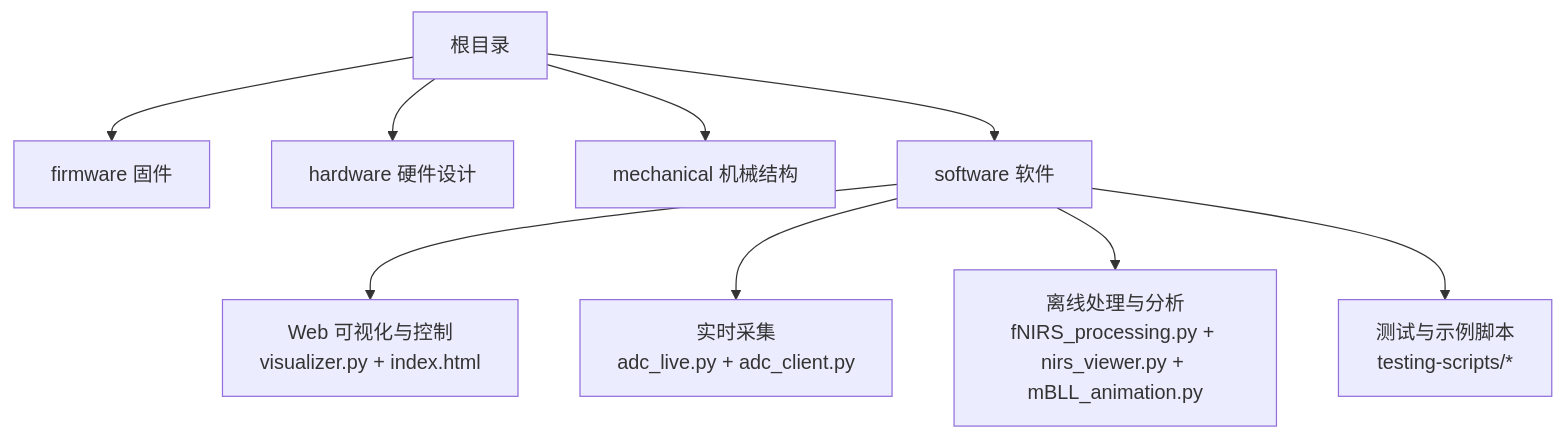
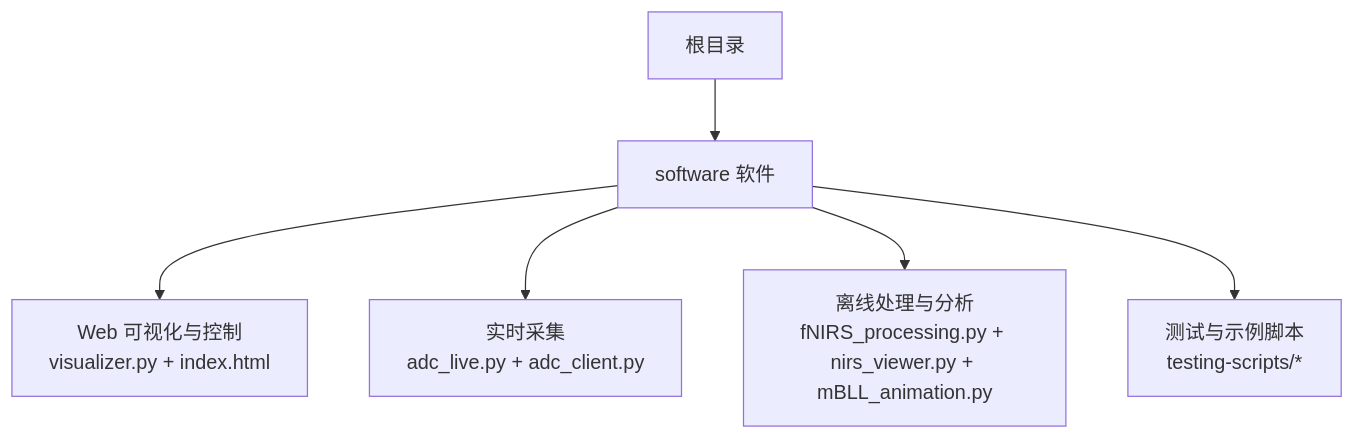
Before and after one commit to zhushizi/fNIRS-main: the first of 6 diagrams in .qoder/repowiki/zh/content/快速开始.md, drawn with Mermaid. The commit also changed other lines of this file and 28 other files, not shown here.

````diff
--- a/.qoder/repowiki/zh/content/快速开始.md
+++ b/.qoder/repowiki/zh/content/快速开始.md
@@ -39,11 +46,8 @@
 ```mermaid
 graph TB
-A["根目录"] --> B["firmware 固件"]
-A --> C["hardware 硬件设计"]
-A --> D["mechanical 机械结构"]
-A --> E["software 软件"]
+A["根目录"] --> E["software 软件"]
 E --> E1["Web 可视化与控制<br/>visualizer.py + index.html"]
 E --> E2["实时采集<br/>adc_live.py + adc_client.py"]
 E --> E3["离线处理与分析<br/>fNIRS_processing.py + nirs_viewer.py + mBLL_animation.py"]
 E --> E4["测试与示例脚本<br/>testing-scripts/*"]
 ```
````
